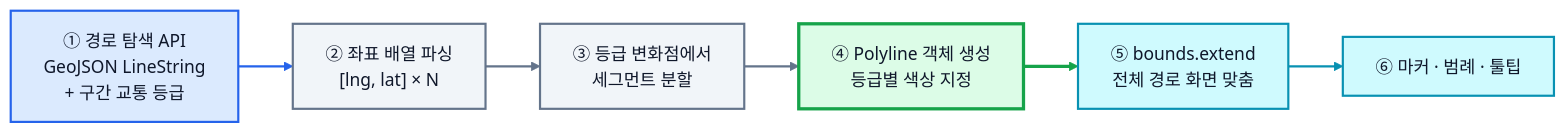
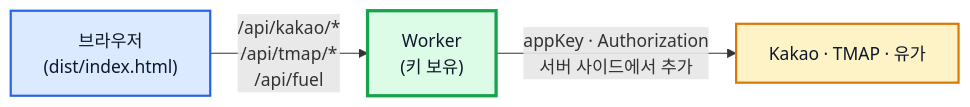
The fourth of 4 diagrams in README.md (rome777/aiffel_test), drawn with Mermaid before and after one commit. The commit also changed other lines of this file and 1 other file, not shown here.

````diff
--- a/README.md
+++ b/README.md
@@ -730,23 +263,11 @@
 ```mermaid
 graph LR
-    A["① 경로 탐색 API<br/>GeoJSON LineString<br/>+ 구간 교통 등급"] --> B["② 좌표 배열 파싱<br/>[lng, lat] × N"]
-    B --> C["③ 등급 변화점에서<br/>세그먼트 분할"]
-    C --> D["④ Polyline 객체 생성<br/>등급별 색상 지정"]
-    D --> E["⑤ bounds.extend<br/>전체 경로 화면 맞춤"]
-    E --> F["⑥ 마커 · 범례 · 툴팁"]
-
-    classDef api  fill:#dbeafe,stroke:#2563eb,stroke-width:2px,color:#0f172a
-    classDef calc fill:#f1f5f9,stroke:#64748b,stroke-width:2px,color:#0f172a
-    classDef draw fill:#dcfce7,stroke:#16a34a,stroke-width:3px,color:#0f172a
-    classDef view fill:#cffafe,stroke:#0891b2,stroke-width:2px,color:#0f172a
-
-    class A api
-    class B,C calc
-    class D draw
-    class E,F view
-
-    linkStyle 0 stroke:#2563eb,stroke-width:2px
-    linkStyle 1,2 stroke:#64748b,stroke-width:2px
-    linkStyle 3 stroke:#16a34a,stroke-width:3px
-    linkStyle 4 stroke:#0891b2,stroke-width:2px
+    B["브라우저<br/>(dist/index.html)"] -->|"/api/kakao/*<br/>/api/tmap/*<br/>/api/fuel"| W["Worker<br/>(키 보유)"]
+    W -->|"appKey · Authorization<br/>서버 사이드에서 추가"| E["Kakao · TMAP · 유가"]
+    classDef b fill:#dbeafe,stroke:#2563eb,stroke-width:2px,color:#0f172a
+    classDef w fill:#dcfce7,stroke:#16a34a,stroke-width:3px,color:#0f172a
+    classDef e fill:#fef3c7,stroke:#d97706,stroke-width:2px,color:#0f172a
+    class B b
+    class W w
+    class E e
 ```
````
